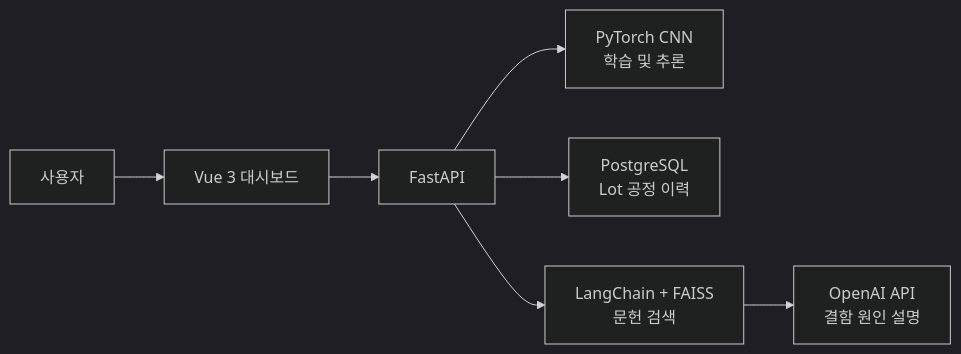
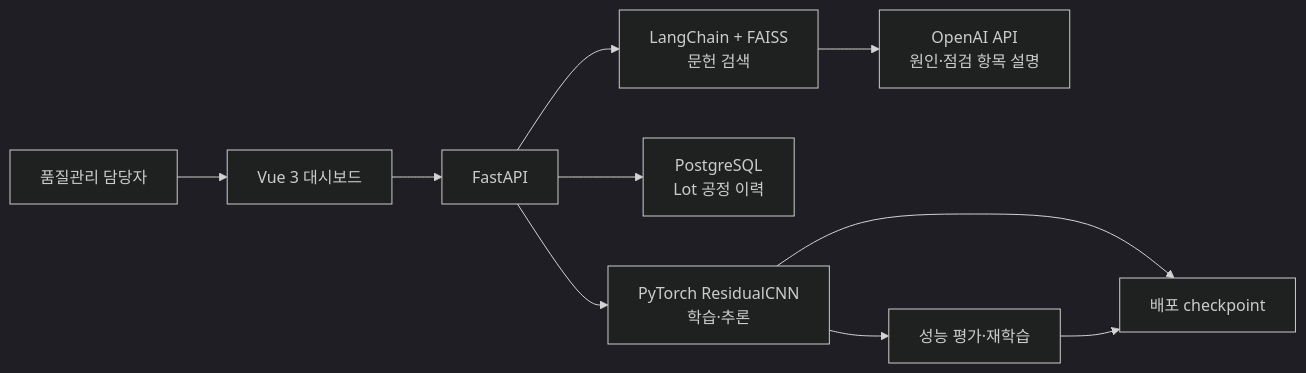
One commit to im-hyemm/MLOps_wafer changed the third of 3 diagrams in README.md. Above: the diagram before and after it, drawn with Mermaid (dark theme). The commit also changed other lines of this file and 2 other files, not shown here.

````diff
--- a/README.md
+++ b/README.md
@@ -47,9 +89,14 @@
 ```mermaid
 flowchart LR
-    U["사용자"] --> F["Vue 3 대시보드"]
+    U["품질관리 담당자"] --> F["Vue 3 대시보드"]
     F --> A["FastAPI"]
-    A --> M["PyTorch CNN<br/>학습 및 추론"]
+
+    A --> M["PyTorch ResidualCNN<br/>학습·추론"]
     A --> D["PostgreSQL<br/>Lot 공정 이력"]
     A --> R["LangChain + FAISS<br/>문헌 검색"]
-    R --> L["OpenAI API<br/>결함 원인 설명"]
+    R --> L["OpenAI API<br/>원인·점검 항목 설명"]
+
+    M --> C["배포 checkpoint"]
+    M --> E["성능 평가·재학습"]
+    E --> C
 ```
````
